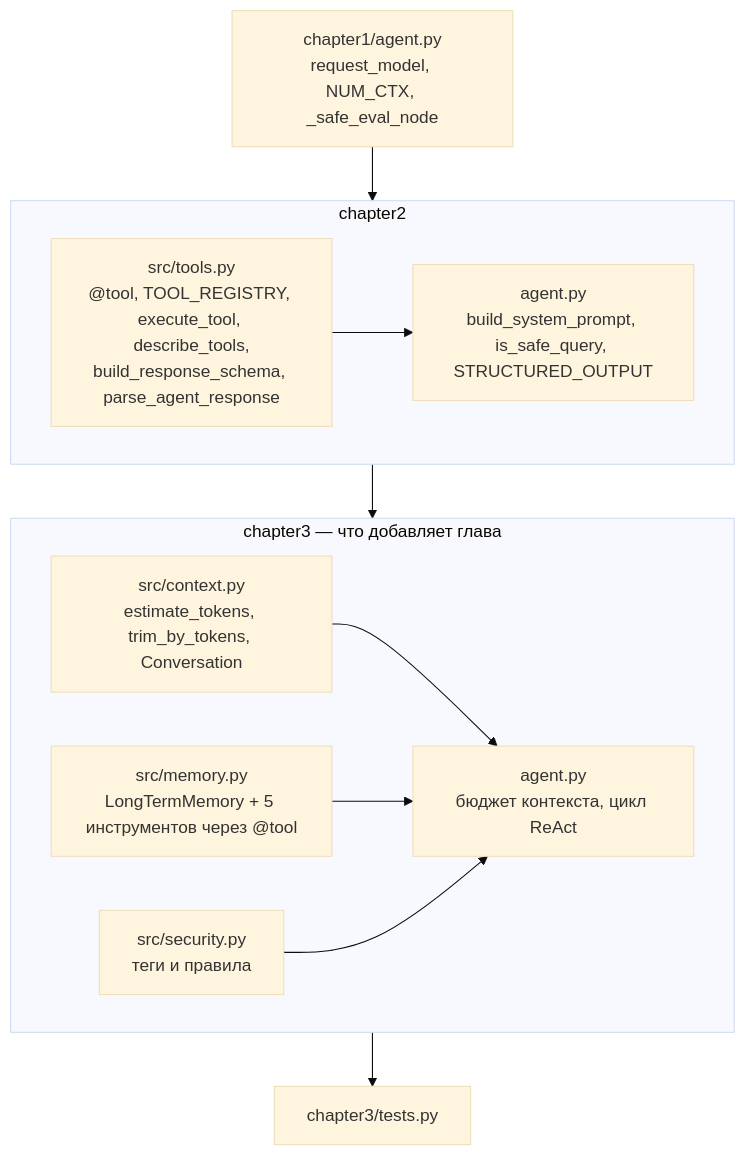
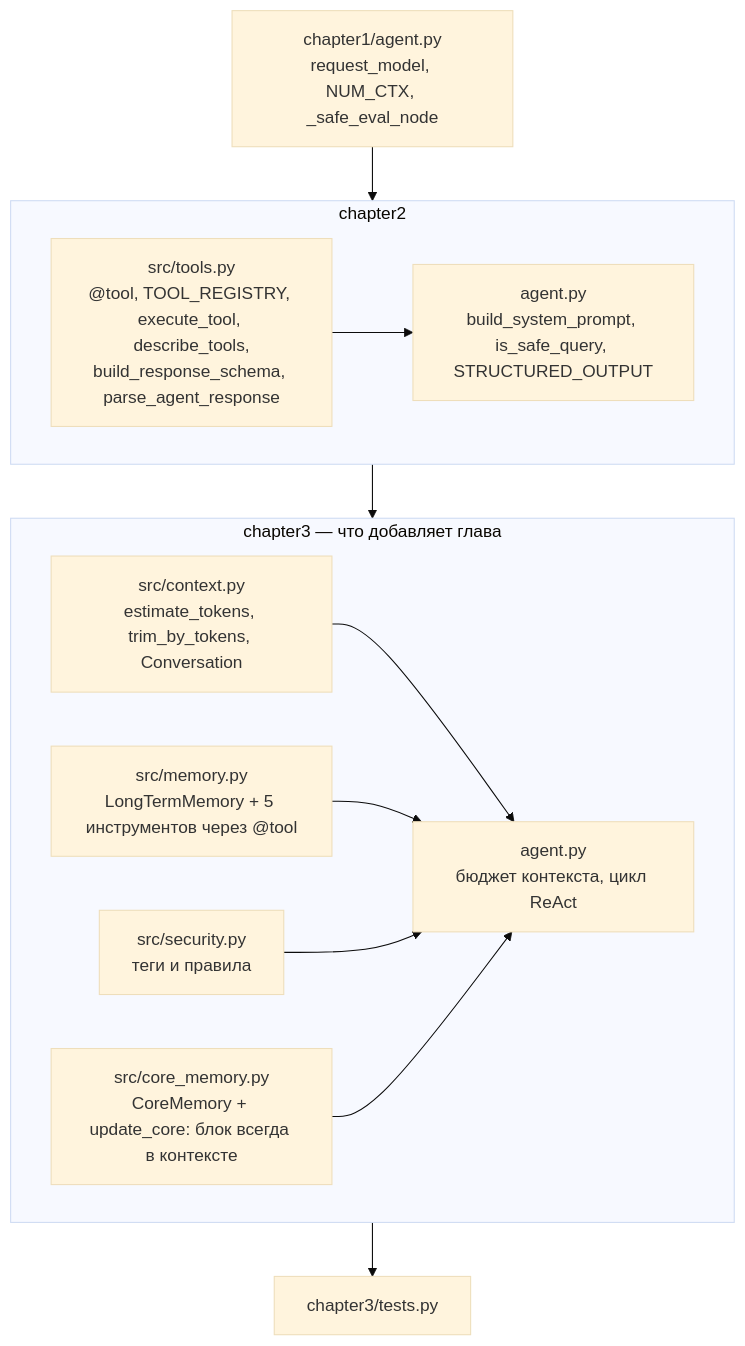
Before and after one commit to io982/firstAgent: the fourth of 4 diagrams in chapter3/README.md, drawn with Mermaid (base theme). The commit also changed other lines of this file and 9 other files, not shown here.

First line of the commit message:
Глава 3: core memory — блок, который агент правит сам

````diff
--- a/chapter3/README.md
+++ b/chapter3/README.md
@@ -995,24 +1120,26 @@
 ```mermaid
 graph TD
     A["chapter1/agent.py<br/>request_model, NUM_CTX, _safe_eval_node"] --> B
 
     subgraph B["chapter2"]
         B1["src/tools.py<br/>@tool, TOOL_REGISTRY, execute_tool, describe_tools,<br/>build_response_schema, parse_agent_response"]
         B2["agent.py<br/>build_system_prompt, is_safe_query, STRUCTURED_OUTPUT"]
         B1 --> B2
     end
 
     B --> C
 
     subgraph C["chapter3 — что добавляет глава"]
         C1["src/context.py<br/>estimate_tokens, trim_by_tokens, Conversation"]
         C2["src/memory.py<br/>LongTermMemory + 5 инструментов через @tool"]
+        C5["src/core_memory.py<br/>CoreMemory + update_core: блок всегда в контексте"]
         C3["src/security.py<br/>теги и правила"]
         C4["agent.py<br/>бюджет контекста, цикл ReAct"]
         C1 --> C4
         C2 --> C4
         C3 --> C4
+        C5 --> C4
     end
 
     C --> D["chapter3/tests.py"]
 ```
````
